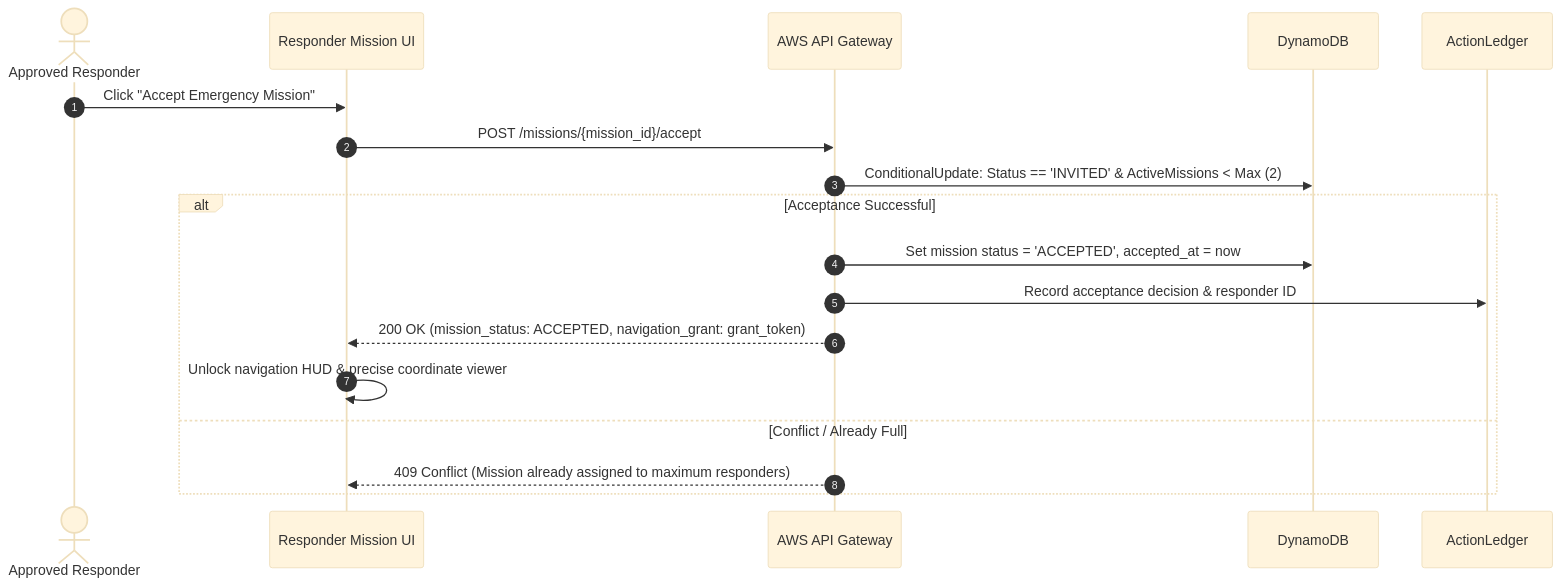
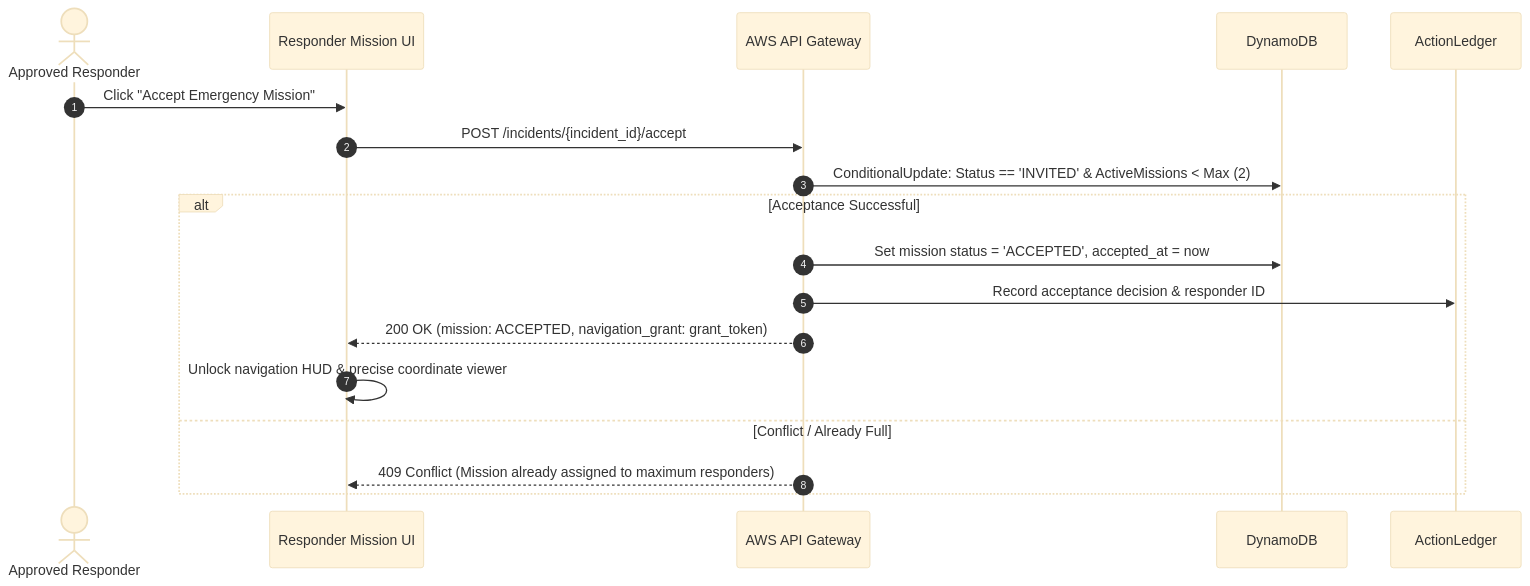
Before and after one commit to kunaldrafts25/Guardian: the eighth of 10 diagrams in docs/ARCHITECTURE.md, drawn with Mermaid (base theme). The commit also changed other lines of this file, not shown here.

````diff
--- a/docs/ARCHITECTURE.md
+++ b/docs/ARCHITECTURE.md
@@ -304,21 +303,21 @@
 ```mermaid
 sequenceDiagram
     autonumber
     actor Resp as Approved Responder
     participant RespUI as Responder Mission UI
     participant Backend as AWS API Gateway
     participant Dynamo as DynamoDB
     participant Ledger as ActionLedger
 
     Resp->>RespUI: Click "Accept Emergency Mission"
-    RespUI->>Backend: POST /missions/{mission_id}/accept
+    RespUI->>Backend: POST /incidents/{incident_id}/accept
     Backend->>Dynamo: ConditionalUpdate: Status == 'INVITED' & ActiveMissions < Max (2)
     alt Acceptance Successful
         Backend->>Dynamo: Set mission status = 'ACCEPTED', accepted_at = now
         Backend->>Ledger: Record acceptance decision & responder ID
-        Backend-->>RespUI: 200 OK (mission_status: ACCEPTED, navigation_grant: grant_token)
+        Backend-->>RespUI: 200 OK (mission: ACCEPTED, navigation_grant: grant_token)
         RespUI->>RespUI: Unlock navigation HUD & precise coordinate viewer
     else Conflict / Already Full
         Backend-->>RespUI: 409 Conflict (Mission already assigned to maximum responders)
     end
 ```
````
